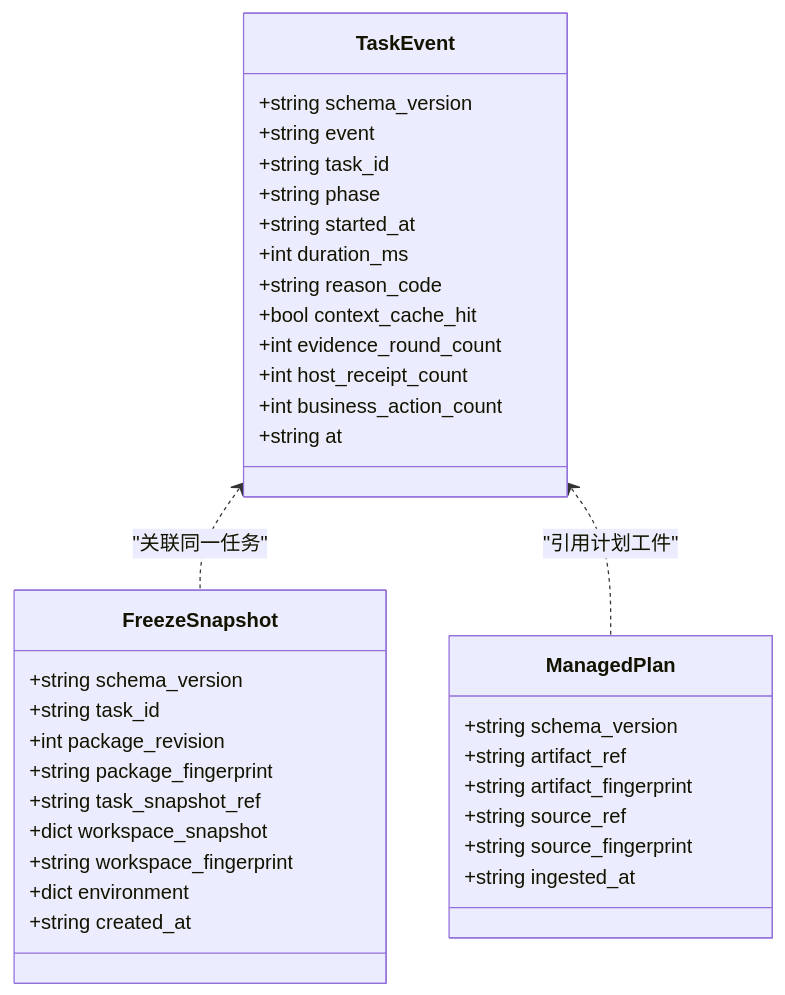
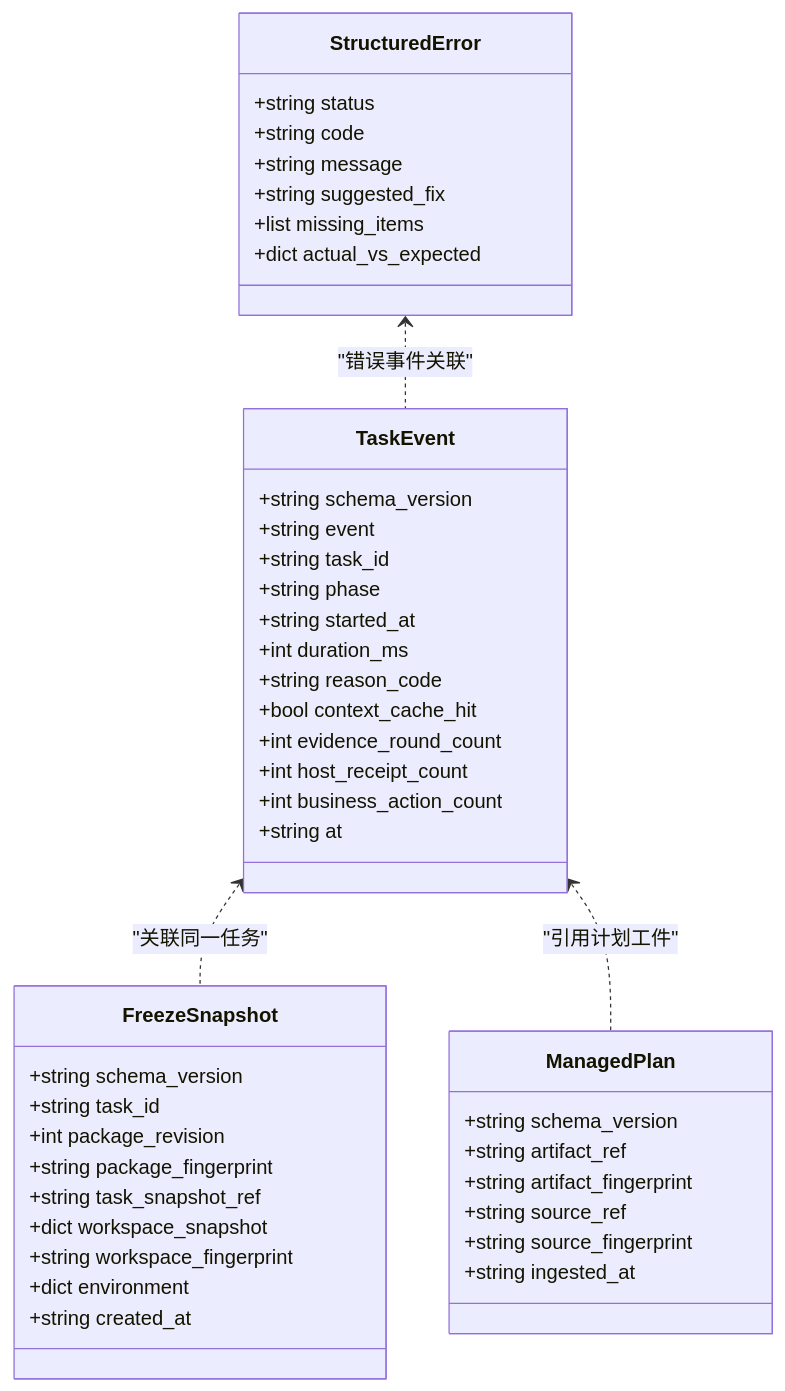
The sixth of 7 diagrams in .qoder/repowiki/zh/content/任务管理/任务执行引擎/错误处理与恢复.md (HackSing/docs-harness), drawn with Mermaid before and after one commit. The commit also changed other lines of this file and 40 other files, not shown here.

````diff
--- a/.qoder/repowiki/zh/content/任务管理/任务执行引擎/错误处理与恢复.md
+++ b/.qoder/repowiki/zh/content/任务管理/任务执行引擎/错误处理与恢复.md
@@ -262,38 +288,47 @@
 ```mermaid
 classDiagram
 class TaskEvent {
 +string schema_version
 +string event
 +string task_id
 +string phase
 +string started_at
 +int duration_ms
 +string reason_code
 +bool context_cache_hit
 +int evidence_round_count
 +int host_receipt_count
 +int business_action_count
 +string at
 }
 class FreezeSnapshot {
 +string schema_version
 +string task_id
 +int package_revision
 +string package_fingerprint
 +string task_snapshot_ref
 +dict workspace_snapshot
 +string workspace_fingerprint
 +dict environment
 +string created_at
 }
 class ManagedPlan {
 +string schema_version
 +string artifact_ref
 +string artifact_fingerprint
 +string source_ref
 +string source_fingerprint
 +string ingested_at
 }
+class StructuredError {
++string status
++string code
++string message
++string suggested_fix
++list missing_items
++dict actual_vs_expected
+}
 TaskEvent <.. FreezeSnapshot : "关联同一任务"
 TaskEvent <.. ManagedPlan : "引用计划工件"
+StructuredError <.. TaskEvent : "错误事件关联"
 ```
````
